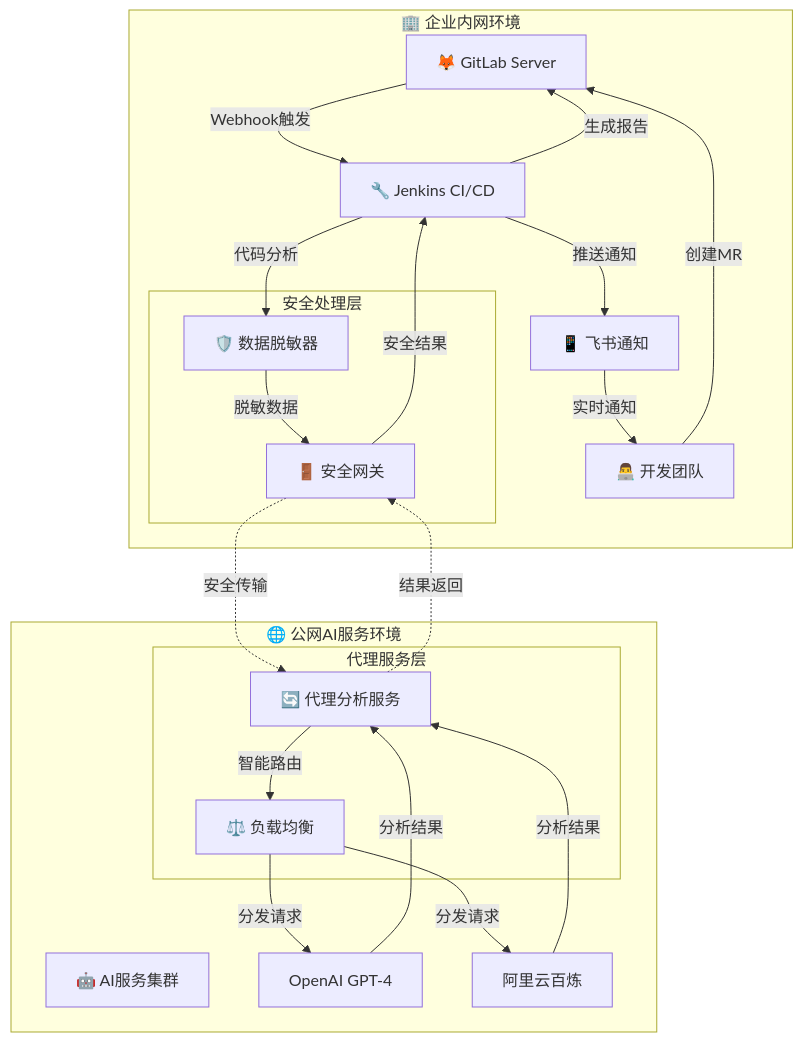
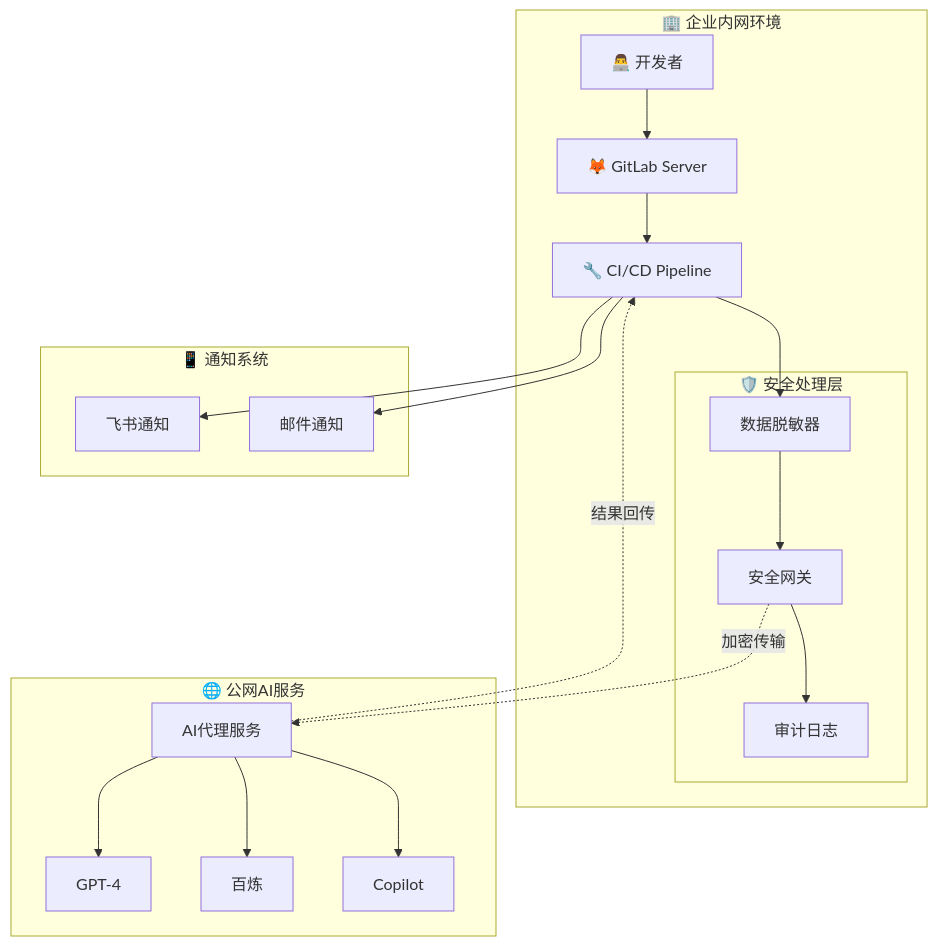
Before and after one commit to zFDT/pr_auto_review: the first of 5 diagrams in docs/COMPREHENSIVE_TECH_SHARING.md, drawn with Mermaid. The commit also changed other lines of this file and 1 other file, not shown here.

````diff
--- a/docs/COMPREHENSIVE_TECH_SHARING.md
+++ b/docs/COMPREHENSIVE_TECH_SHARING.md
@@ -66,41 +53,30 @@
 ```mermaid
 graph TB
     subgraph "🏢 企业内网环境"
-        GitLab[🦊 GitLab Server]
-        Jenkins[🔧 Jenkins CI/CD]
-        Dev[👨‍💻 开发团队]
-        Feishu[📱 飞书通知]
+        Dev[👨‍💻 开发者] --> GitLab[🦊 GitLab Server]
+        GitLab --> Jenkins[🔧 CI/CD Pipeline]
         
-        subgraph "安全处理层"
-            DataFilter[🛡️ 数据脱敏器]
-            SecureGateway[🚪 安全网关]
+        subgraph "🛡️ 安全处理层"
+            DataMask[数据脱敏器]
+            SecGW[安全网关]
+            Audit[审计日志]
         end
+        
+        Jenkins --> DataMask
+        DataMask --> SecGW
+        SecGW --> Audit
     end
     
-    subgraph "🌐 公网AI服务环境"
-        AICluster[🤖 AI服务集群]
-        OpenAI[OpenAI GPT-4]
-        Bailian[阿里云百炼]
-        
-        subgraph "代理服务层"
-            ProxyServer[🔄 代理分析服务]
-            LoadBalancer[⚖️ 负载均衡]
-        end
+    subgraph "🌐 公网AI服务"
+        SecGW -.->|加密传输| AIProxy[AI代理服务]
+        AIProxy --> GPT4[GPT-4]
+        AIProxy --> Bailian[百炼]
+        AIProxy --> Copilot[Copilot]
     end
     
-    Dev -->|创建MR| GitLab
-    GitLab -->|Webhook触发| Jenkins
-    Jenkins -->|代码分析| DataFilter
-    DataFilter -->|脱敏数据| SecureGateway
-    SecureGateway -.->|安全传输| ProxyServer
-    ProxyServer -->|智能路由| LoadBalancer
-    LoadBalancer -->|分发请求| OpenAI
-    LoadBalancer -->|分发请求| Bailian
-    OpenAI -->|分析结果| ProxyServer
-    Bailian -->|分析结果| ProxyServer
-    ProxyServer -.->|结果返回| SecureGateway
-    SecureGateway -->|安全结果| Jenkins
-    Jenkins -->|生成报告| GitLab
-    Jenkins -->|推送通知| Feishu
-    Feishu -->|实时通知| Dev
+    subgraph "📱 通知系统"
+        AIProxy -.->|结果回传| Jenkins
+        Jenkins --> Feishu[飞书通知]
+        Jenkins --> Email[邮件通知]
+    end
 ```
````
